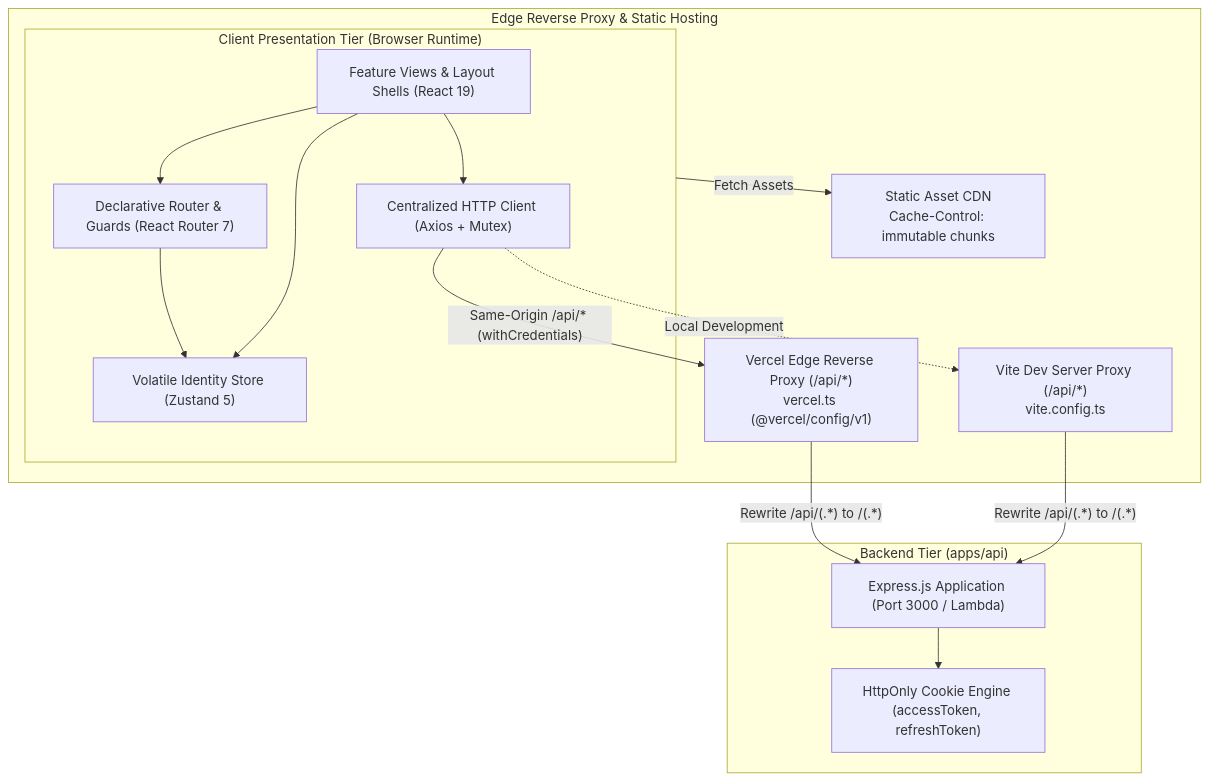
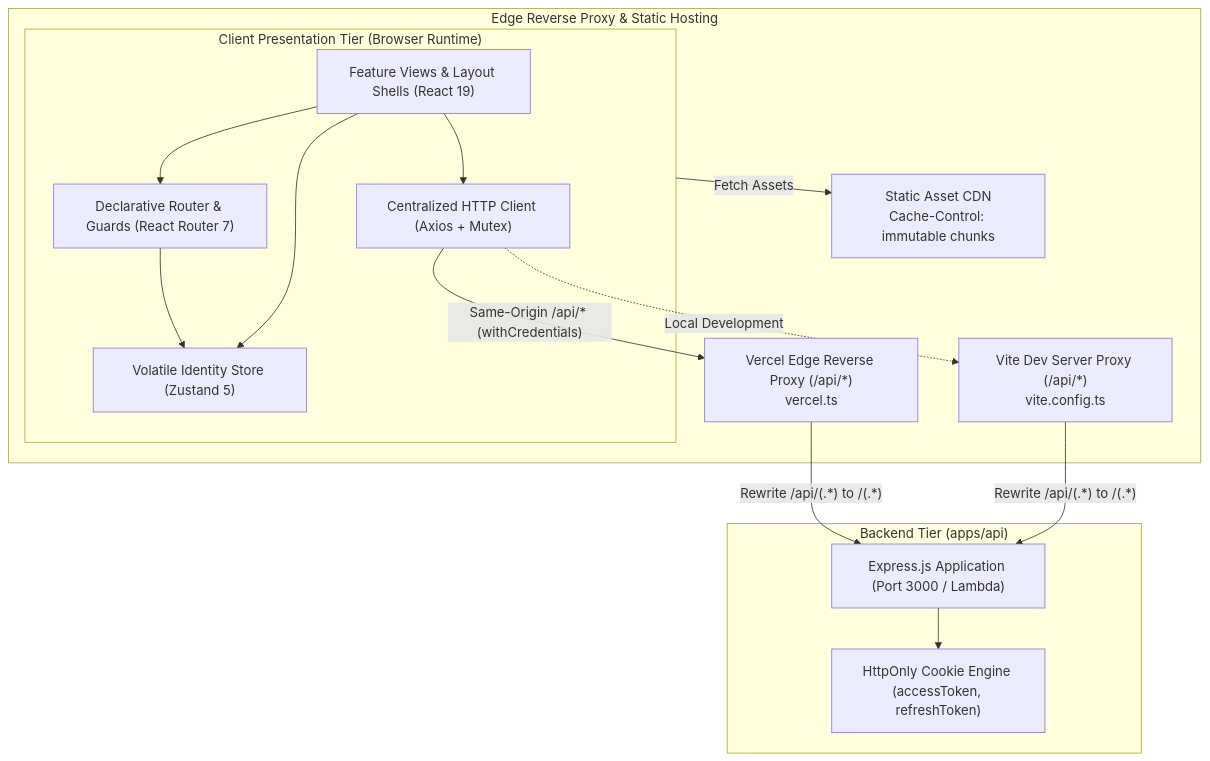
The first of 9 diagrams in docs/FRONTEND_ARCHITECTURE.md (utkarshj014/authsphere), drawn with Mermaid before and after one commit. The commit also changed other lines of this file, not shown here.

````diff
--- a/docs/FRONTEND_ARCHITECTURE.md
+++ b/docs/FRONTEND_ARCHITECTURE.md
@@ -32,33 +32,33 @@
 ```mermaid
 flowchart TD
     subgraph Browser ["Client Presentation Tier (Browser Runtime)"]
         UI["Feature Views & Layout Shells (React 19)"]
         Router["Declarative Router & Guards (React Router 7)"]
         Store["Volatile Identity Store (Zustand 5)"]
         Client["Centralized HTTP Client (Axios + Mutex)"]
-        
+
         UI --> Router
         Router --> Store
         UI --> Store
         UI --> Client
     end
 
     subgraph Edge ["Edge Reverse Proxy & Static Hosting"]
-        EdgeProxy["Vercel Edge Reverse Proxy (/api/*)\nvercel.ts (@vercel/config/v1)"]
-        DevProxy["Vite Dev Server Proxy (/api/*)\nvite.config.ts"]
-        CDN["Static Asset CDN\nCache-Control: immutable chunks"]
-        
+        EdgeProxy["Vercel Edge Reverse Proxy (/api/*)<br/>vercel.ts"]
+        DevProxy["Vite Dev Server Proxy (/api/*)<br/>vite.config.ts"]
+        CDN["Static Asset CDN<br/>Cache-Control: immutable chunks"]
+
         Client -->|"Same-Origin /api/* (withCredentials)"| EdgeProxy
         Client -.->|"Local Development"| DevProxy
         Browser -->|"Fetch Assets"| CDN
     end
 
     subgraph Backend ["Backend Tier (apps/api)"]
         API["Express.js Application (Port 3000 / Lambda)"]
         CookieEngine["HttpOnly Cookie Engine (accessToken, refreshToken)"]
-        
+
         EdgeProxy -->|"Rewrite /api/(.*) to /(.*)"| API
         DevProxy -->|"Rewrite /api/(.*) to /(.*)"| API
         API --> CookieEngine
     end
 ```
````
